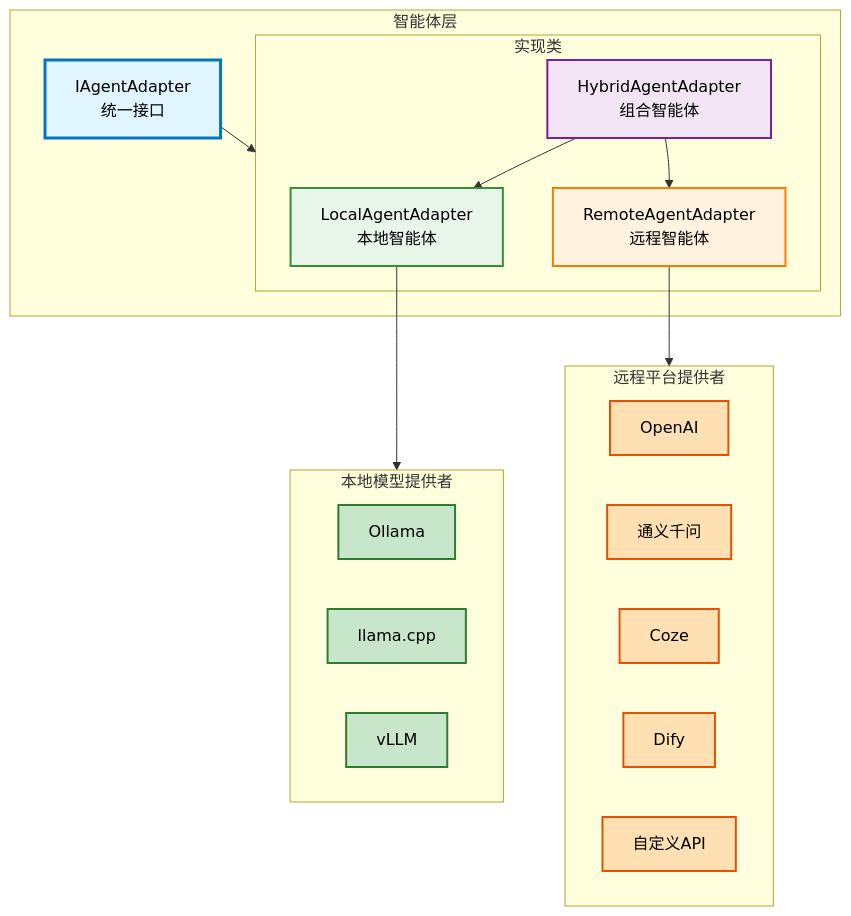
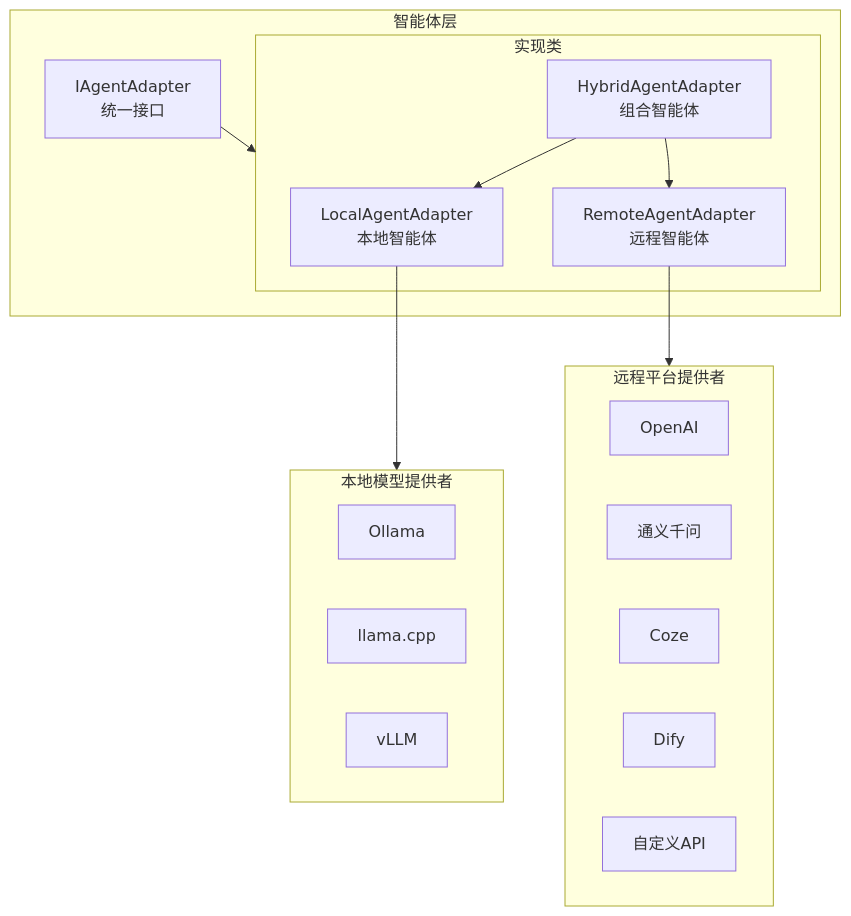
One commit to liushoukun/huizhida-chatbot changed the tenth of 17 diagrams in docs/requirements.md. Above: the diagram before and after it, drawn with Mermaid. The commit also changed other lines of this file, not shown here.

````diff
--- a/docs/requirements.md
+++ b/docs/requirements.md
@@ -1185,48 +1171,32 @@
 ```mermaid
 flowchart TB
     subgraph AgentLayer["智能体层"]
         Interface["IAgentAdapter<br/>统一接口"]
         
         subgraph Implementations["实现类"]
             Local["LocalAgentAdapter<br/>本地智能体"]
             Remote["RemoteAgentAdapter<br/>远程智能体"]
             Hybrid["HybridAgentAdapter<br/>组合智能体"]
         end
     end
     
     subgraph LocalProviders["本地模型提供者"]
         Ollama["Ollama"]
         LlamaCpp["llama.cpp"]
         VLLM["vLLM"]
     end
     
     subgraph RemoteProviders["远程平台提供者"]
         OpenAI["OpenAI"]
         Qwen["通义千问"]
         Coze["Coze"]
         Dify["Dify"]
         CustomAPI["自定义API"]
     end
     
     Interface --> Implementations
     Local --> LocalProviders
     Remote --> RemoteProviders
     Hybrid --> Local
     Hybrid --> Remote
-
-    %% 样式定义
-    classDef interfaceStyle fill:#E1F5FE,stroke:#0277BD,stroke-width:3px,color:#000
-    classDef localStyle fill:#E8F5E9,stroke:#388E3C,stroke-width:2px,color:#000
-    classDef remoteStyle fill:#FFF3E0,stroke:#F57C00,stroke-width:2px,color:#000
-    classDef hybridStyle fill:#F3E5F5,stroke:#7B1FA2,stroke-width:2px,color:#000
-    classDef localProviderStyle fill:#C8E6C9,stroke:#2E7D32,stroke-width:2px,color:#000
-    classDef remoteProviderStyle fill:#FFE0B2,stroke:#E65100,stroke-width:2px,color:#000
-
-    %% 应用样式
-    class Interface interfaceStyle
-    class Local localStyle
-    class Remote remoteStyle
-    class Hybrid hybridStyle
-    class Ollama,LlamaCpp,VLLM localProviderStyle
-    class OpenAI,Qwen,Coze,Dify,CustomAPI remoteProviderStyle
 ```
````
